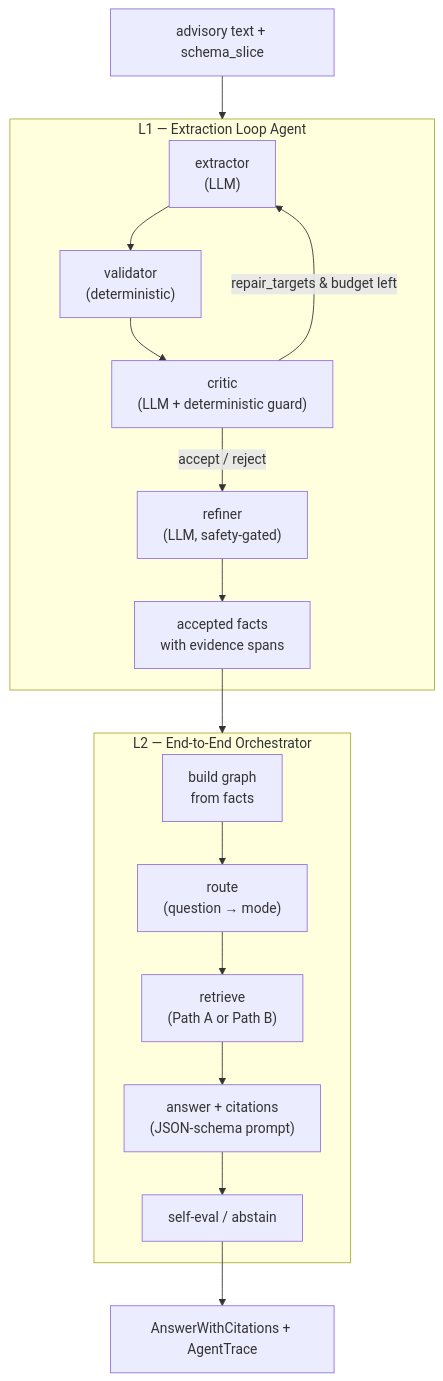
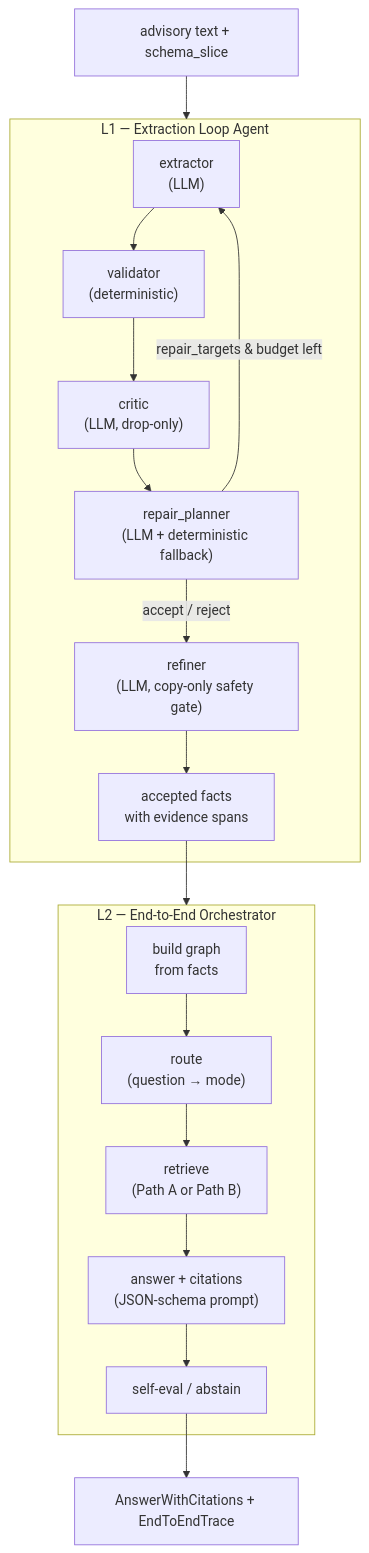
Before and after one commit to exordor/aviation_agentic_ai: the diagram in docs/atcscc_agent_architecture.md, drawn with Mermaid. The commit also changed other lines of this file, not shown here.

````diff
--- a/docs/atcscc_agent_architecture.md
+++ b/docs/atcscc_agent_architecture.md
@@ -84,27 +85,28 @@
 ```mermaid
 flowchart TD
     ADV["advisory text + schema_slice"] --> L1
 
     subgraph L1["L1 — Extraction Loop Agent"]
         EX["extractor<br/>(LLM)"]
         VAL["validator<br/>(deterministic)"]
-        CR["critic<br/>(LLM + deterministic guard)"]
-        RF["refiner<br/>(LLM, safety-gated)"]
-        EX --> VAL --> CR
-        CR -- "repair_targets &amp; budget left" --> EX
-        CR -- "accept / reject" --> RF --> FACTS["accepted facts<br/>with evidence spans"]
+        CR["critic<br/>(LLM, drop-only)"]
+        RP["repair_planner<br/>(LLM + deterministic fallback)"]
+        RF["refiner<br/>(LLM, copy-only safety gate)"]
+        EX --> VAL --> CR --> RP
+        RP -- "repair_targets &amp; budget left" --> EX
+        RP -- "accept / reject" --> RF --> FACTS["accepted facts<br/>with evidence spans"]
     end
 
     FACTS --> L2
 
     subgraph L2["L2 — End-to-End Orchestrator"]
         GRAPH["build graph<br/>from facts"]
         ROUTE["route<br/>(question → mode)"]
         RET["retrieve<br/>(Path A or Path B)"]
         ANS["answer + citations<br/>(JSON-schema prompt)"]
         SELF["self-eval / abstain"]
         GRAPH --> ROUTE --> RET --> ANS --> SELF
     end
 
-    SELF --> OUT["AnswerWithCitations + AgentTrace"]
+    SELF --> OUT["AnswerWithCitations + EndToEndTrace"]
 ```
````
